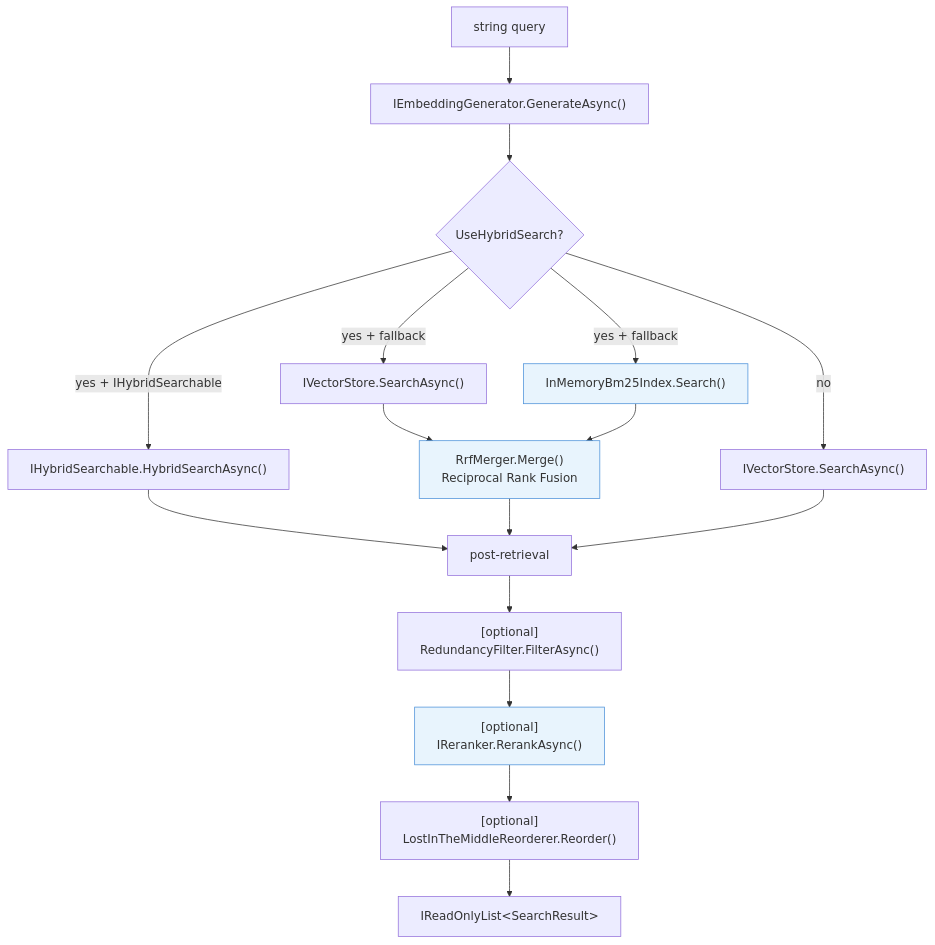
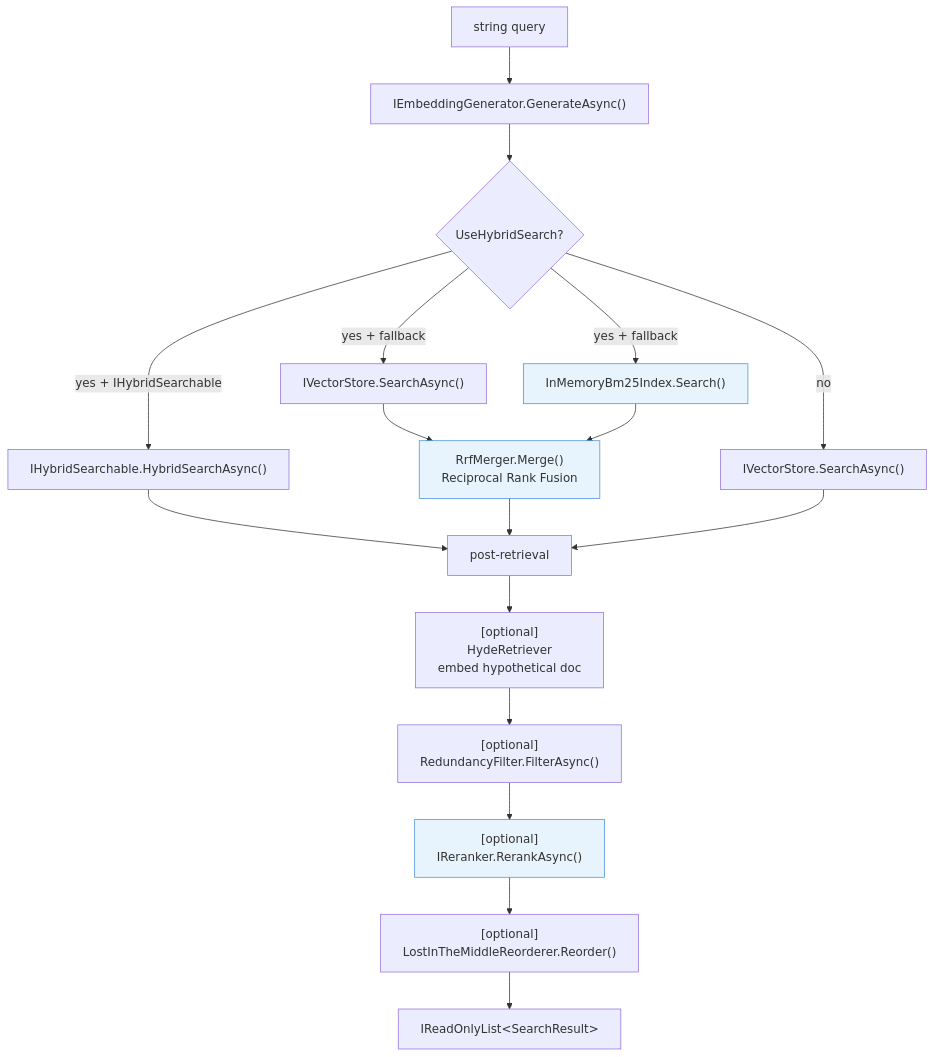
Before and after one commit to MarcelRoozekrans/Rag.NET: the second of 3 diagrams in docs/architecture.md, drawn with Mermaid. The commit also changed other lines of this file and 8 other files, not shown here.

````diff
--- a/docs/architecture.md
+++ b/docs/architecture.md
@@ -26,26 +26,27 @@
 ```mermaid
 flowchart TD
     Q["string query"] --> EMB["IEmbeddingGenerator.GenerateAsync()"]
 
     EMB --> HYBRID_CHECK{UseHybridSearch?}
 
     HYBRID_CHECK -- "yes + IHybridSearchable" --> NATIVE["IHybridSearchable.HybridSearchAsync()"]
     HYBRID_CHECK -- "yes + fallback" --> DENSE["IVectorStore.SearchAsync()"]
     HYBRID_CHECK -- "yes + fallback" --> BM25["InMemoryBm25Index.Search()"]
     DENSE --> RRF["RrfMerger.Merge()<br>Reciprocal Rank Fusion"]
     BM25 --> RRF
     HYBRID_CHECK -- no --> SEMANTIC["IVectorStore.SearchAsync()"]
 
     NATIVE --> POST
     RRF --> POST
     SEMANTIC --> POST
 
-    POST["post-retrieval"] --> REDUN["[optional]<br>RedundancyFilter.FilterAsync()"]
+    POST["post-retrieval"] --> HYDE["[optional]<br>HydeRetriever<br>embed hypothetical doc"]
+    HYDE --> REDUN["[optional]<br>RedundancyFilter.FilterAsync()"]
     REDUN --> RERANK["[optional]<br>IReranker.RerankAsync()"]
     RERANK --> LITM["[optional]<br>LostInTheMiddleReorderer.Reorder()"]
     LITM --> RESULT["IReadOnlyList&lt;SearchResult&gt;"]
 
     style BM25 fill:#e8f4fd,stroke:#4a90d9
     style RRF fill:#e8f4fd,stroke:#4a90d9
     style RERANK fill:#e8f4fd,stroke:#4a90d9
 ```
````
